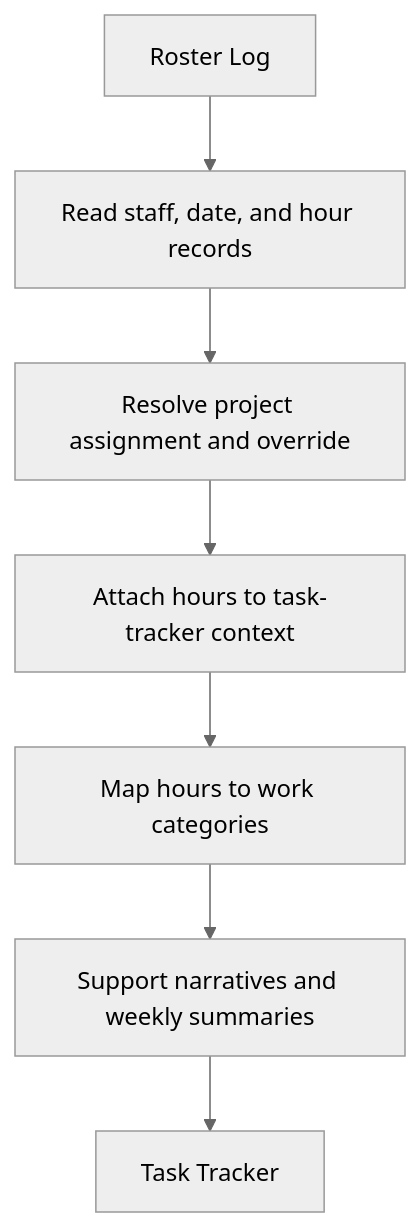
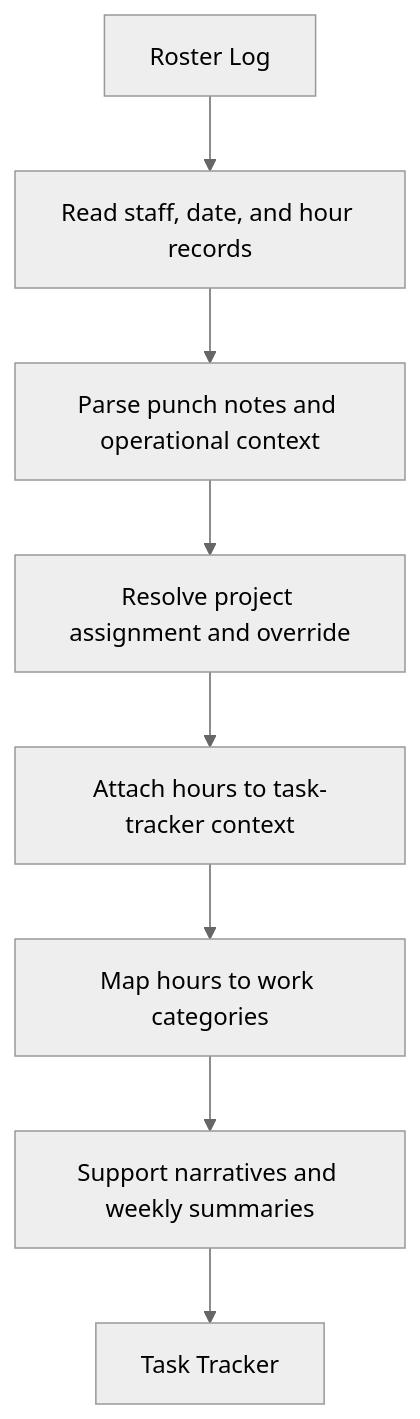
One commit to EndeavorEverlasting/web-excel-repair-triage changed the third of 5 diagrams in docs/BILLING_PIPELINE_DIRECTIONAL_CONTRACT.md. Above: the diagram before and after it, drawn with Mermaid (neutral theme). The commit also changed other lines of this file, not shown here.

Commit message:
docs: define note-tolerant punch parsing behavior

````diff
--- a/docs/BILLING_PIPELINE_DIRECTIONAL_CONTRACT.md
+++ b/docs/BILLING_PIPELINE_DIRECTIONAL_CONTRACT.md
@@ -71,9 +103,10 @@
 ```mermaid
 flowchart TD
     A["Roster Log"] --> B["Read staff, date, and hour records"]
-    B --> C["Resolve project assignment and override"]
-    C --> D["Attach hours to task-tracker context"]
-    D --> E["Map hours to work categories"]
-    E --> F["Support narratives and weekly summaries"]
-    F --> G["Task Tracker"]
+    B --> C["Parse punch notes and operational context"]
+    C --> D["Resolve project assignment and override"]
+    D --> E["Attach hours to task-tracker context"]
+    E --> F["Map hours to work categories"]
+    F --> G["Support narratives and weekly summaries"]
+    G --> H["Task Tracker"]
 ```
````
